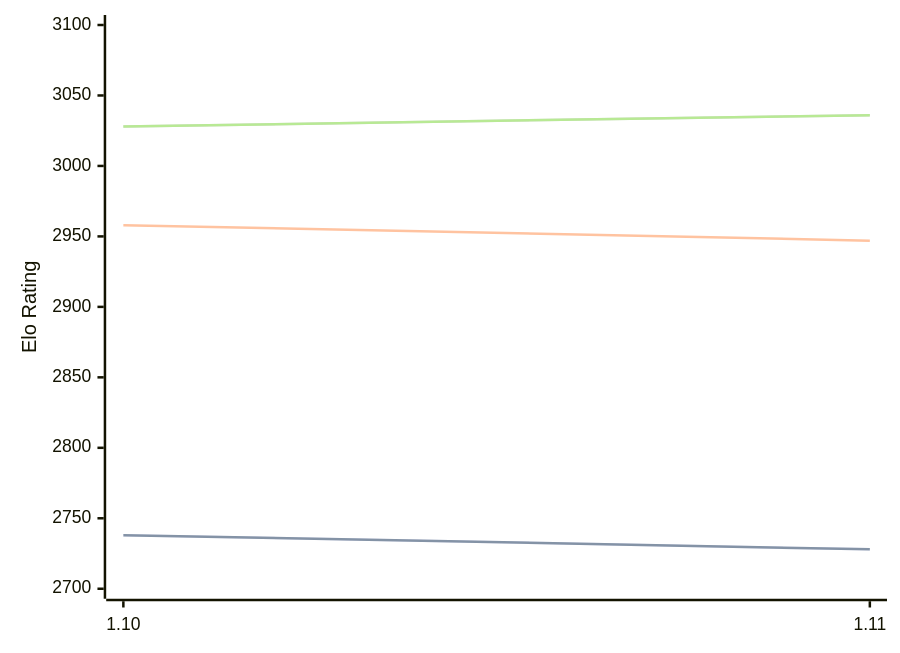
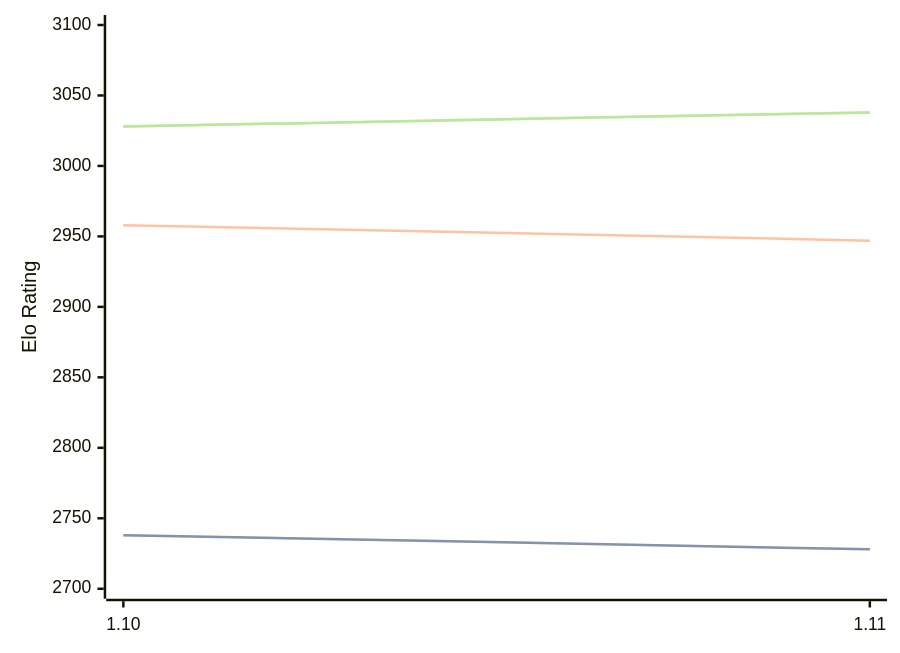
The diagram in engines/Roc.md (computer-chess-index/cci), drawn with Mermaid before and after one commit. The commit also changed other lines of this file, not shown here.

Commit message:
Update CCI Ratings (ELO VLTC) - 2026-09-05

````diff
--- a/engines/Roc.md
+++ b/engines/Roc.md
@@ -42,11 +42,11 @@
 ```mermaid
 %%{init: {"theme":"base","themeVariables":{"seriesColors:['#a3a3a3','#222221','#faa371']}}}%%
 xychart-beta
   x-axis ["1.10", "1.11"]
   y-axis "Elo Rating" 2700 --> 3100
   line "" [2738, 2728]
   line "STC (8.0+0.08s)" [2738, 2728]
   line "LTC (60.0+0.60s)" [2958, 2947]
-  line "" [3028, 3036]
-  line "VLTC (2m24s+1.12s)" [3028, 3036]
+  line "" [3028, 3038]
+  line "VLTC (2m24s+1.12s)" [3028, 3038]
 ```
````
